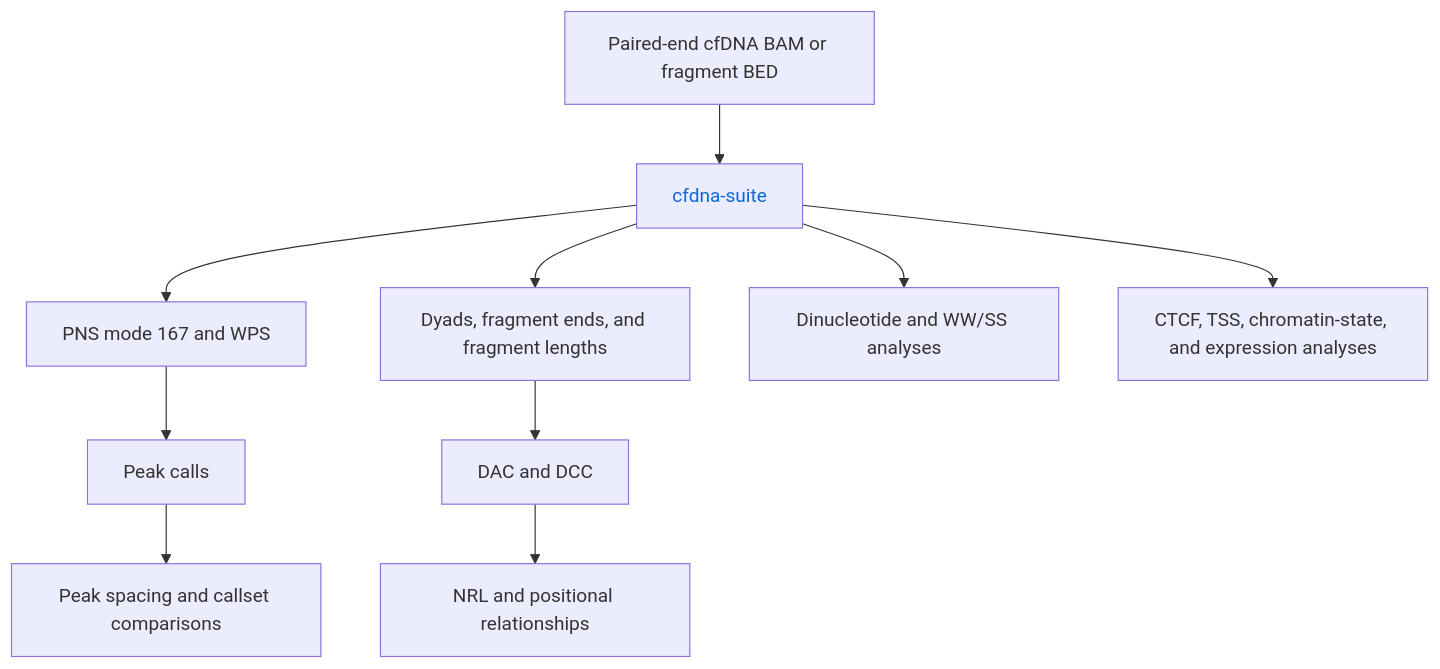
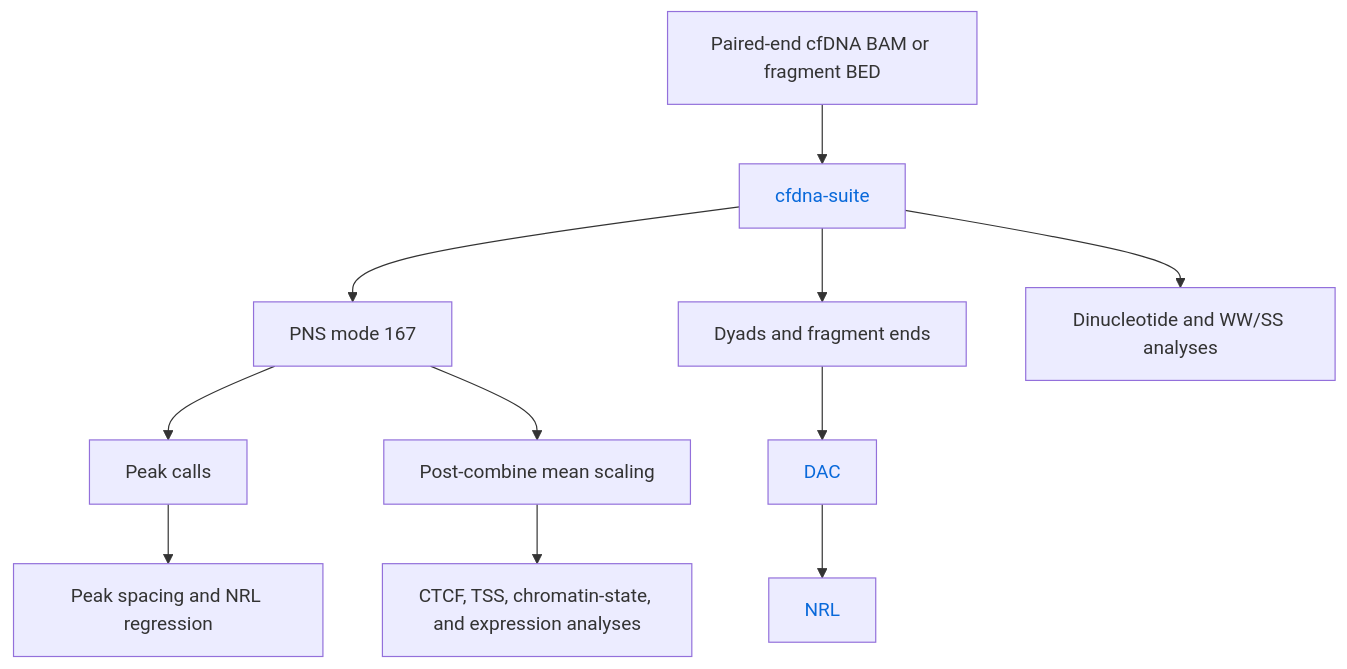
One commit to adjohnston85/NucleoSuite changed the first of 16 diagrams in docs/WORKFLOWS.md. Above: the diagram before and after it, drawn with Mermaid. The commit also changed other lines of this file and 23 other files, not shown here.

````diff
--- a/docs/WORKFLOWS.md
+++ b/docs/WORKFLOWS.md
@@ -7,16 +7,19 @@
 ```mermaid
 flowchart TB
     A[Paired-end cfDNA BAM or fragment BED] --> B[cfdna-suite]
-    B --> C[PNS mode 167 and WPS]
-    B --> D[Dyads, fragment ends, and fragment lengths]
+    B --> C[PNS mode 167]
+    B --> D[Dyads and fragment ends]
     B --> E[Dinucleotide and WW/SS analyses]
     C --> F[Peak calls]
-    D --> G[DAC and DCC]
-    F --> H[Peak spacing and callset comparisons]
-    G --> I[NRL and positional relationships]
-    B --> J[CTCF, TSS, chromatin-state, and expression analyses]
+    D --> G[DAC]
+    G --> I[NRL]
+    F --> H[Peak spacing and NRL regression]
+    C --> S[Post-combine mean scaling]
+    S --> J[CTCF, TSS, chromatin-state, and expression analyses]
 
     classDef commandLink color:#0969da,text-decoration:none;
-    class B commandLink;
+    class B,G,I commandLink;
     click B href "https://github.com/adjohnston85/NucleoSuite/blob/main/docs/commands/cfdna-suite.md" "Open cfdna-suite documentation"
+    click G href "https://github.com/adjohnston85/NucleoSuite/blob/main/docs/commands/dac.md" "Open dac documentation"
+    click I href "https://github.com/adjohnston85/NucleoSuite/blob/main/docs/commands/nrl.md" "Open nrl documentation"
 ```
````
